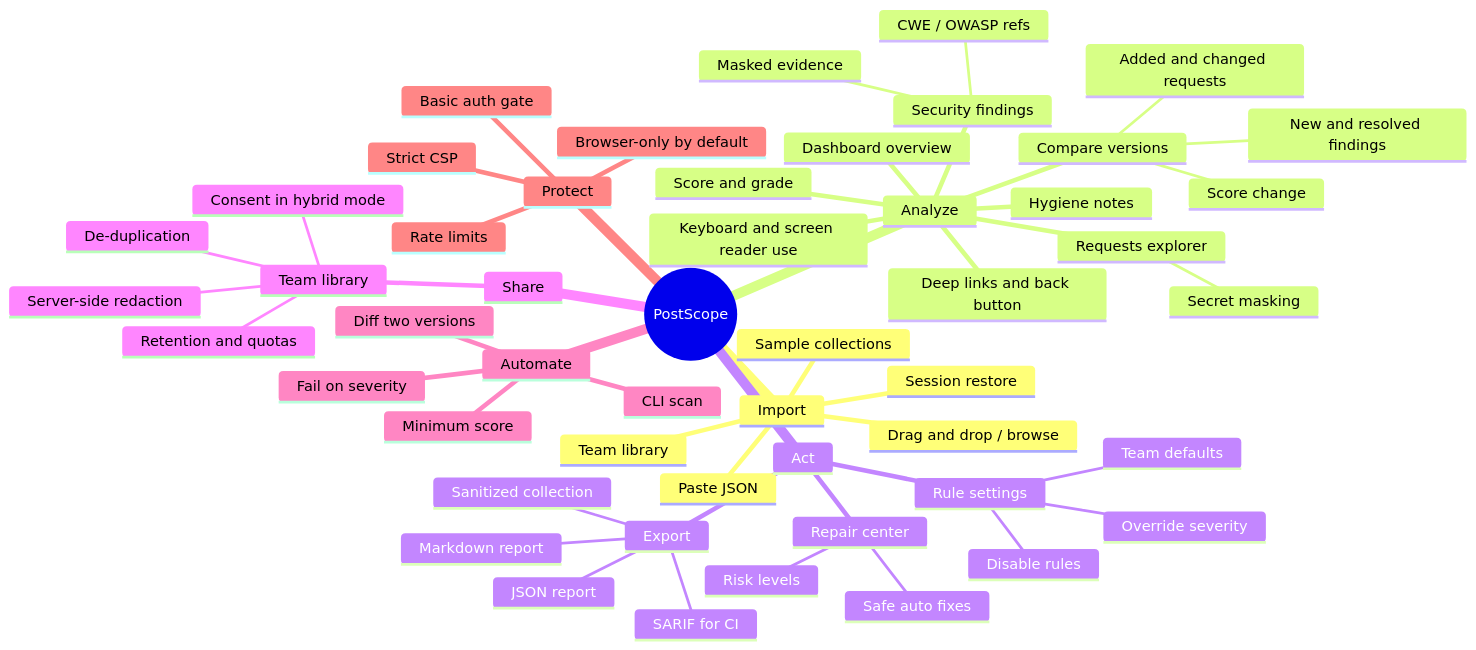
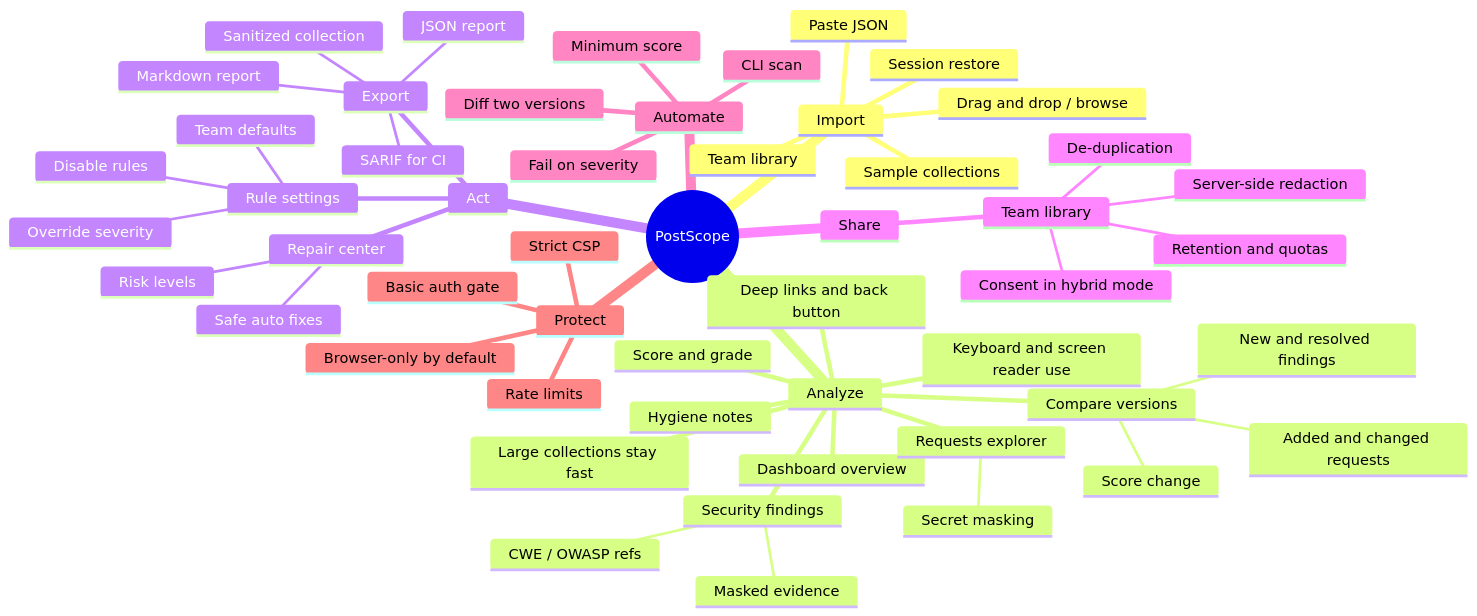
One commit to winksen/Postscope-App changed the diagram in docs/mindmap/FUNCTIONAL_MINDMAP.md. Above: the diagram before and after it, drawn with Mermaid. The commit also changed other lines of this file and 33 other files, not shown here.

````diff
--- a/docs/mindmap/FUNCTIONAL_MINDMAP.md
+++ b/docs/mindmap/FUNCTIONAL_MINDMAP.md
@@ -17,54 +17,55 @@
 ```mermaid
 mindmap
   root((PostScope))
     Import
       Drag and drop / browse
       Paste JSON
       Sample collections
       Team library
       Session restore
     Analyze
       Dashboard overview
       Requests explorer
         Secret masking
       Security findings
         Masked evidence
         CWE / OWASP refs
       Hygiene notes
       Score and grade
       Deep links and back button
       Keyboard and screen reader use
+      Large collections stay fast
       Compare versions
         New and resolved findings
         Score change
         Added and changed requests
     Act
       Repair center
         Safe auto fixes
         Risk levels
       Rule settings
         Disable rules
         Override severity
         Team defaults
       Export
         Markdown report
         JSON report
         SARIF for CI
         Sanitized collection
     Share
       Team library
         Consent in hybrid mode
         De-duplication
         Retention and quotas
         Server-side redaction
     Automate
       CLI scan
       Fail on severity
       Minimum score
       Diff two versions
     Protect
       Browser-only by default
       Basic auth gate
       Rate limits
       Strict CSP
 ```
````
